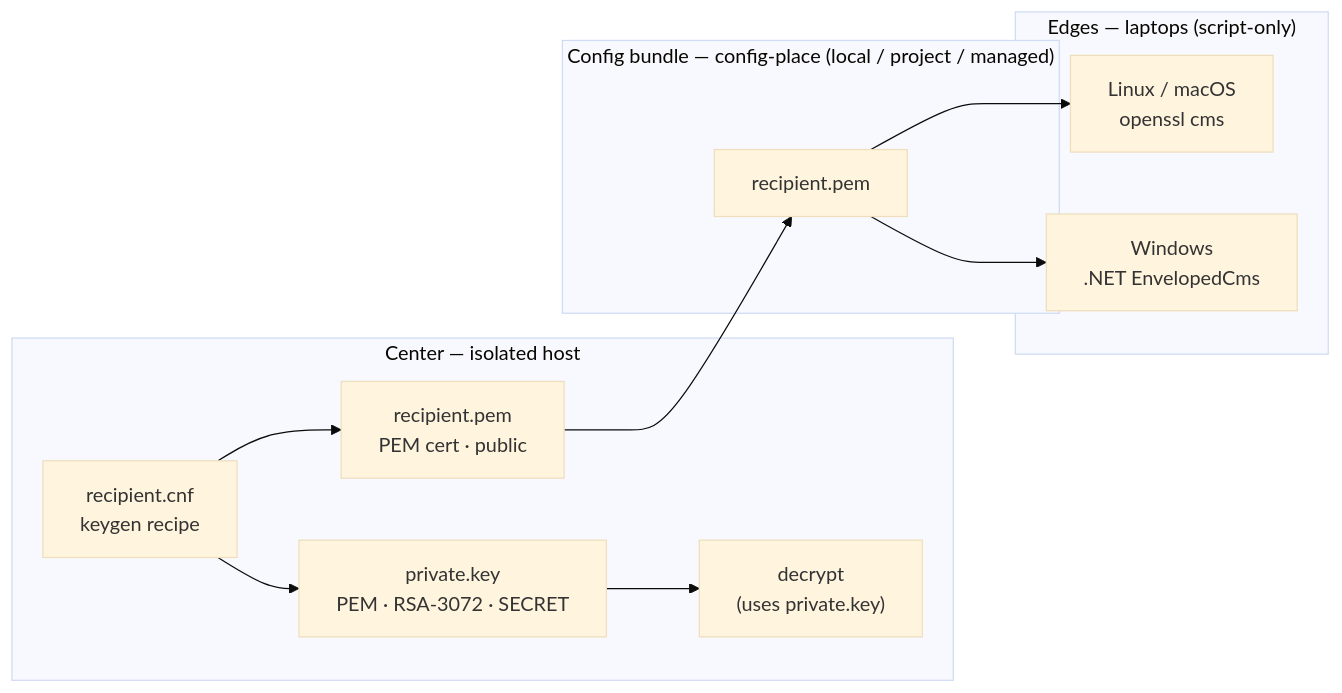
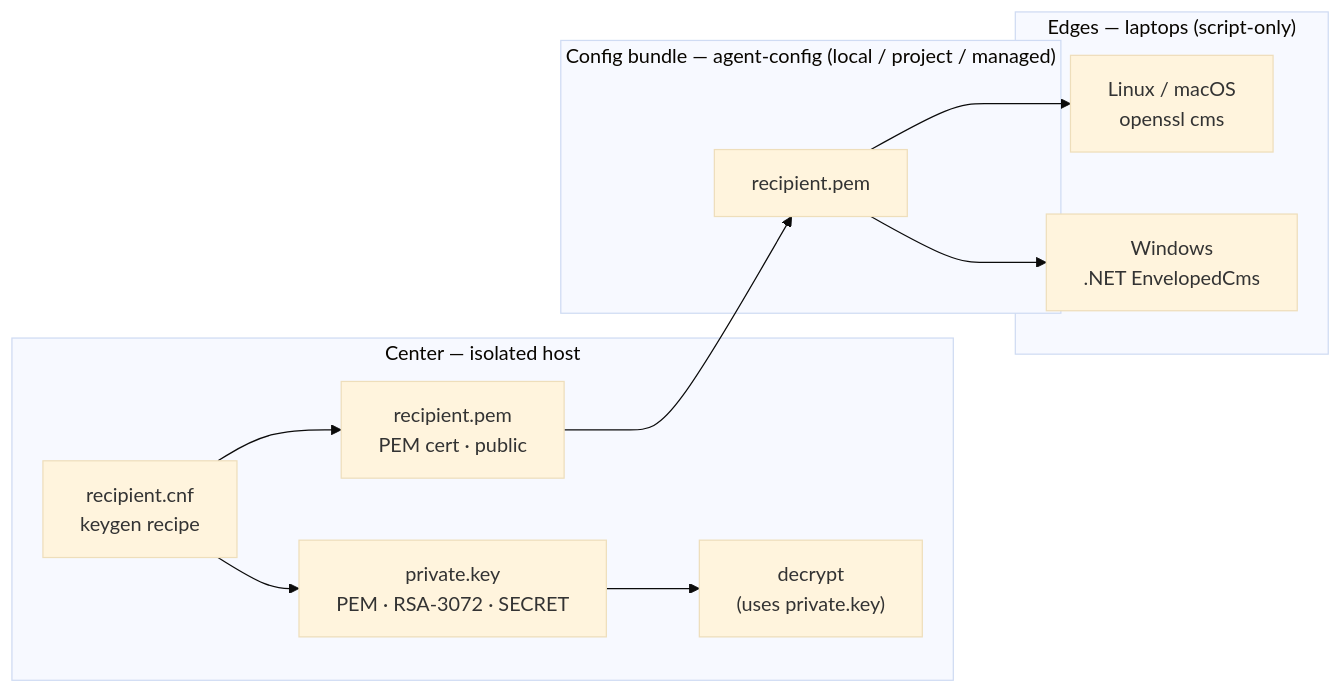
The first of 3 diagrams in sealing/README.md (hainet50b/agent-observability-lab), drawn with Mermaid (base theme) before and after one commit. The commit also changed 76 other files, not shown here.

First line of the commit message:
replace the sh/ps1 renderer scripts with the agent-config CLI

````diff
--- a/sealing/README.md
+++ b/sealing/README.md
@@ -16,23 +16,23 @@
 ```mermaid
 flowchart LR
   subgraph center["Center — isolated host"]
     cnf["recipient.cnf<br/>keygen recipe"]
     priv["private.key<br/>PEM · RSA-3072 · SECRET"]
     pem["recipient.pem<br/>PEM cert · public"]
     dec["decrypt<br/>(uses private.key)"]
   end
-  subgraph bundle["Config bundle — config-place (local / project / managed)"]
+  subgraph bundle["Config bundle — agent-config (local / project / managed)"]
     bpem["recipient.pem"]
   end
   subgraph edge["Edges — laptops (script-only)"]
     nix["Linux / macOS<br/>openssl cms"]
     win["Windows<br/>.NET EnvelopedCms"]
   end
 
   cnf --> priv
   cnf --> pem
   pem --> bpem
   bpem --> nix
   bpem --> win
   priv --> dec
 ```
````
